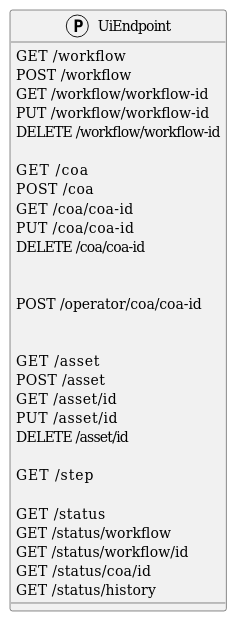
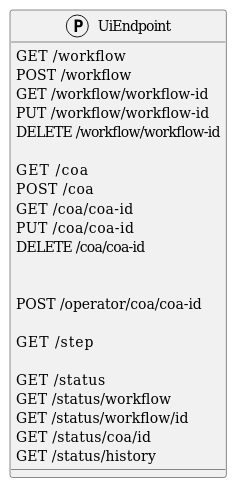
One commit to COSSAS/SOARCA changed the second of 19 diagrams in doc/soarca-api.adoc. Above: the diagram before and after it, drawn with PlantUML. The commit also changed other lines of this file, not shown here.

```diff
--- a/doc/soarca-api.adoc
+++ b/doc/soarca-api.adoc
@@ -56,41 +56,34 @@
 [plantuml, target=soar-ca-classes, format=png]
 ....
 @startuml
 protocol UiEndpoint {
     GET     /workflow
     POST    /workflow
     GET     /workflow/workflow-id
     PUT     /workflow/workflow-id
     DELETE  /workflow/workflow-id
 
     GET     /coa
     POST    /coa
     GET     /coa/coa-id
     PUT     /coa/coa-id
     DELETE  /coa/coa-id
 
 
     POST    /operator/coa/coa-id
 
-
-    GET     /asset
-    POST    /asset
-    GET     /asset/id
-    PUT     /asset/id
-    DELETE  /asset/id
-
     GET     /step
 
     GET     /status
     GET     /status/workflow
     GET     /status/workflow/id
     GET     /status/coa/id
     GET     /status/history
 
 }
 
 
 
 
 @enduml
 ....
```
